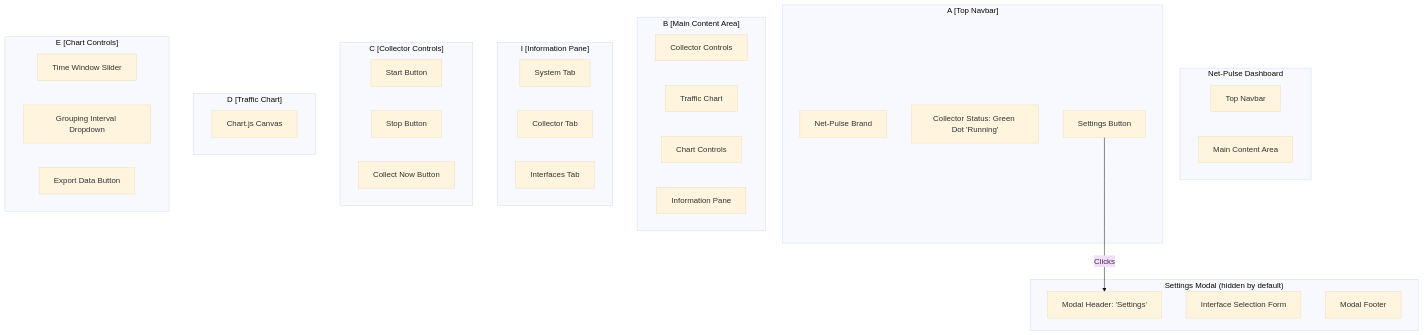
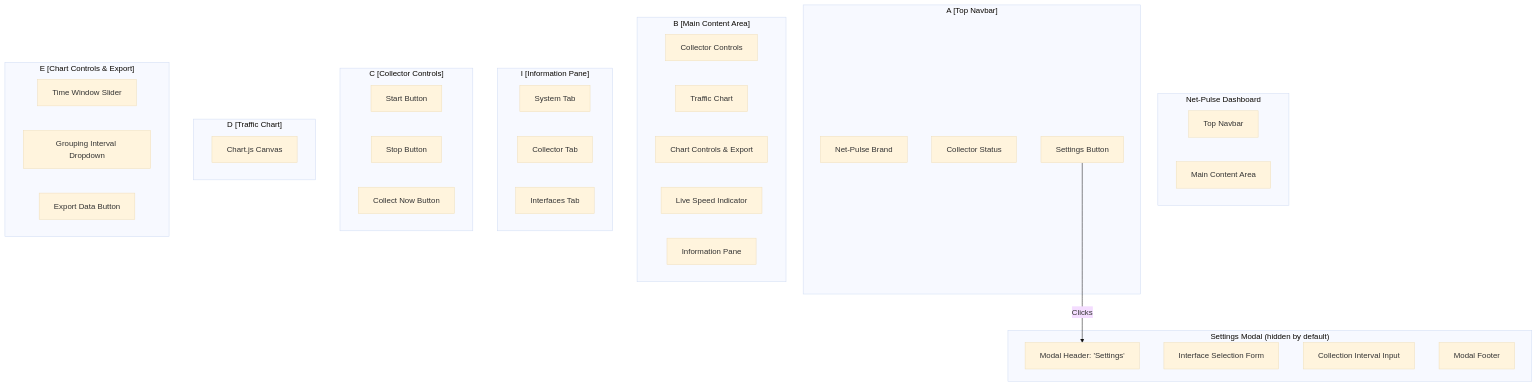
The diagram in ui-spec.md (vikrant82/net-pulse), drawn with Mermaid (base theme) before and after one commit.

Commit message:
feat: update spec diagram

````diff
--- a/ui-spec.md
+++ b/ui-spec.md
@@ -9,51 +9,53 @@
 ```mermaid
 graph TD
     subgraph "Net-Pulse Dashboard"
         A[Top Navbar]
         B[Main Content Area]
     end
 
     subgraph "A [Top Navbar]"
         A1["Net-Pulse" Brand]
-        A2[Collector Status: Green Dot 'Running']
+        A2[Collector Status]
         A3[Settings Button]
     end
 
     subgraph "B [Main Content Area]"
         C[Collector Controls]
         D[Traffic Chart]
-        E[Chart Controls]
+        E[Chart Controls & Export]
+        J[Live Speed Indicator]
         I[Information Pane]
     end
     
     subgraph "I [Information Pane]"
         direction LR
         I1[System Tab]
         I2[Collector Tab]
         I3[Interfaces Tab]
     end
 
     subgraph "C [Collector Controls]"
         C1[Start Button]
         C2[Stop Button]
         C3[Collect Now Button]
     end
 
     subgraph "D [Traffic Chart]"
         D1[Chart.js Canvas]
     end
 
-    subgraph "E [Chart Controls]"
+    subgraph "E [Chart Controls & Export]"
         E1[Time Window Slider]
         E2[Grouping Interval Dropdown]
         E3[Export Data Button]
     end
 
     subgraph "Settings Modal (hidden by default)"
         F[Modal Header: 'Settings']
         G[Interface Selection Form]
+        K[Collection Interval Input]
         H[Modal Footer]
     end
 
     A3 -- Clicks --> F
 ```
````
